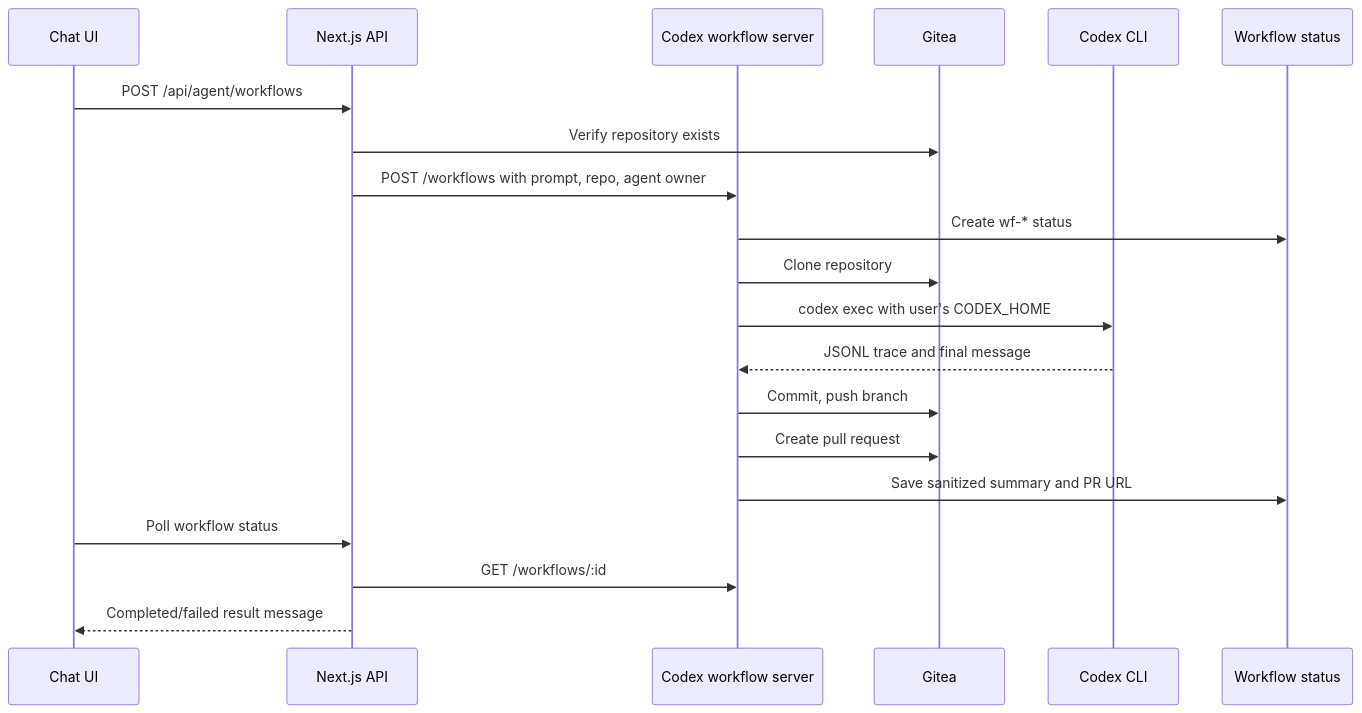
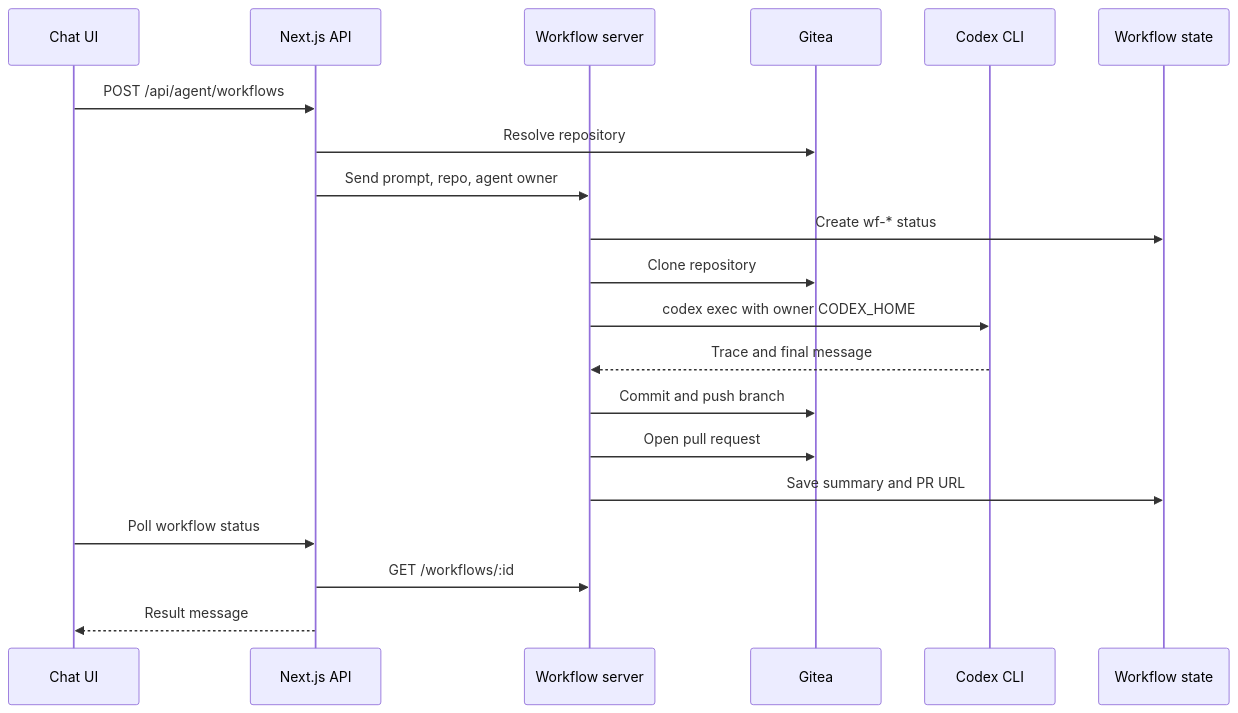
Before and after one commit to leonidas1312/group-leveling: the sixth of 9 diagrams in ARCHITECTURE.md, drawn with Mermaid. The commit also changed other lines of this file and 12 other files, not shown here.

````diff
--- a/ARCHITECTURE.md
+++ b/ARCHITECTURE.md
@@ -209,23 +203,23 @@
 ```mermaid
 sequenceDiagram
   participant Chat as Chat UI
   participant App as Next.js API
-  participant Runner as Codex workflow server
+  participant Runner as Workflow server
   participant Gitea as Gitea
   participant Codex as Codex CLI
-  participant State as Workflow status
+  participant State as Workflow state
 
   Chat->>App: POST /api/agent/workflows
-  App->>Gitea: Verify repository exists
-  App->>Runner: POST /workflows with prompt, repo, agent owner
+  App->>Gitea: Resolve repository
+  App->>Runner: Send prompt, repo, agent owner
   Runner->>State: Create wf-* status
   Runner->>Gitea: Clone repository
-  Runner->>Codex: codex exec with user's CODEX_HOME
-  Codex-->>Runner: JSONL trace and final message
-  Runner->>Gitea: Commit, push branch
-  Runner->>Gitea: Create pull request
-  Runner->>State: Save sanitized summary and PR URL
+  Runner->>Codex: codex exec with owner CODEX_HOME
+  Codex-->>Runner: Trace and final message
+  Runner->>Gitea: Commit and push branch
+  Runner->>Gitea: Open pull request
+  Runner->>State: Save summary and PR URL
   Chat->>App: Poll workflow status
   App->>Runner: GET /workflows/:id
-  App-->>Chat: Completed/failed result message
+  App-->>Chat: Result message
 ```
````
